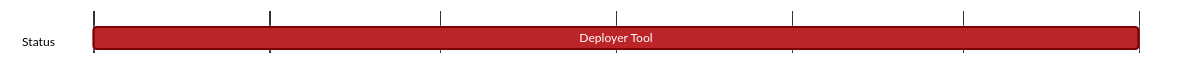
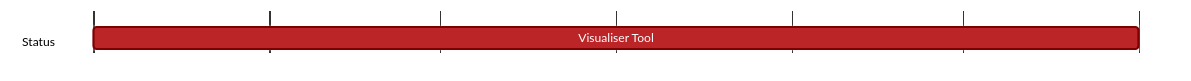
One commit to logos-co/roadmap changed the diagram in content/vac/dst/tooling/vac/visualiser-tool.md. Above: the diagram before and after it, drawn with Mermaid. The commit also changed 2 other files, not shown here.

Commit message:
Correct some mermaid information

````diff
--- a/content/vac/dst/tooling/vac/visualiser-tool.md
+++ b/content/vac/dst/tooling/vac/visualiser-tool.md
@@ -7,20 +7,20 @@
 ```mermaid
 %%{ 
   init: { 
     'theme': 'base', 
     'themeVariables': { 
       'primaryColor': '#BB2528', 
       'primaryTextColor': '#fff', 
       'primaryBorderColor': '#7C0000', 
       'lineColor': '#F8B229', 
       'secondaryColor': '#006100', 
       'tertiaryColor': '#fff' 
     } 
   } 
 }%%
 gantt
   tickInterval 1month
   dateFormat YYYY-MM-DD 
   section Status
-    Deployer Tool: 2024-05-01, 2024-11-01
+    Visualiser Tool: 2024-05-01, 2024-11-01
 ```
````
